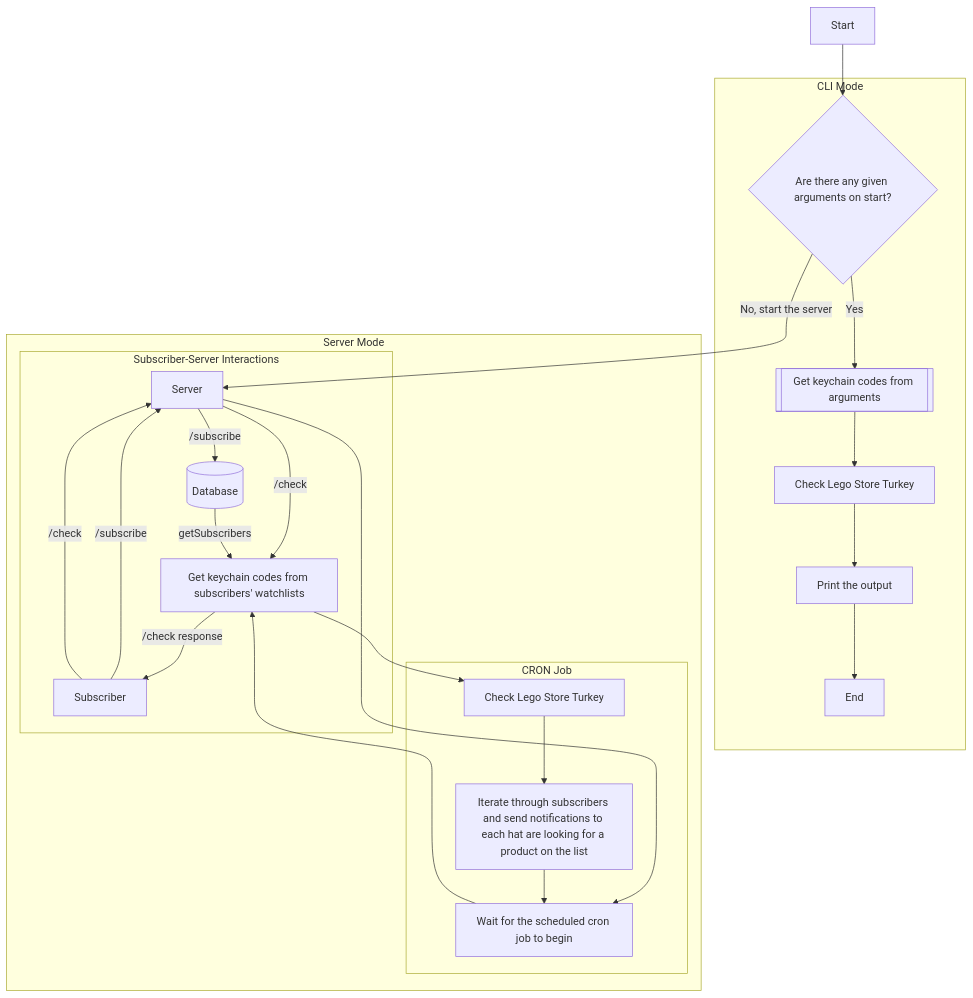
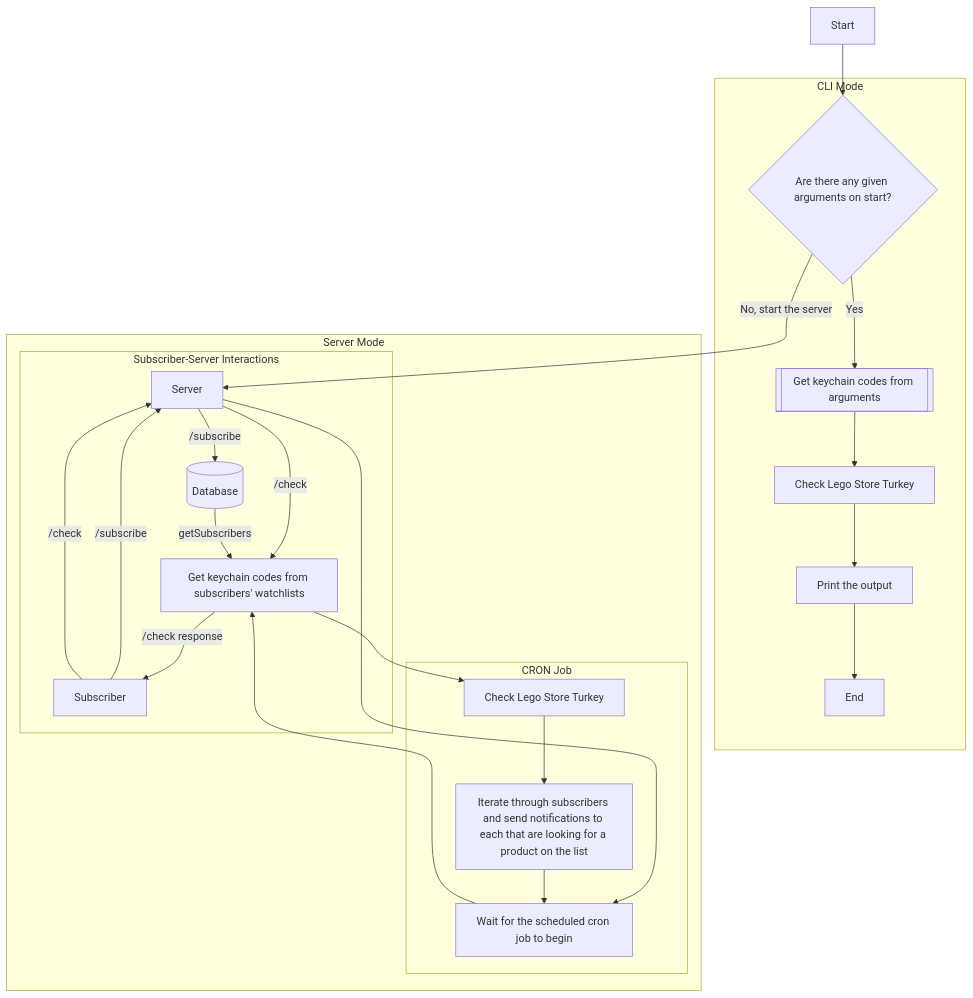
Before and after one commit to yussufbiyik/lego-store-stock-checker: the first of 2 diagrams in readme.md, drawn with Mermaid.

````diff
--- a/readme.md
+++ b/readme.md
@@ -10,28 +10,28 @@
 ```mermaid
 graph TD;
     A[Start] --> B{Are there any given arguments on start?}
     subgraph CLI Mode
     B --> |Yes| C[[Get keychain codes from arguments]]
     C --> D[Check Lego Store Turkey]
     D --> L[Print the output]
     L --> M[End]
     end
     subgraph Server Mode
     B --> |No, start the server| E[Server]
     subgraph Subscriber-Server Interactions
     F[Subscriber] --> |/subscribe| E
     F --> |/check| E
     E --> |/subscribe| I[(Database)]
     E --> |/check| J
     J --> |/check response| F
     end
     subgraph CRON Job
     E --> G[Wait for the scheduled cron job to begin]
     G --> J[Get keychain codes from subscribers' watchlists]
     I --> |getSubscribers| J
     J --> N[Check Lego Store Turkey]
-    N --> K[Iterate through subscribers and send notifications to each hat are looking for a product on the list]
+    N --> K[Iterate through subscribers and send notifications to each that are looking for a product on the list]
     K --> G
     end
     end
 ```
````
